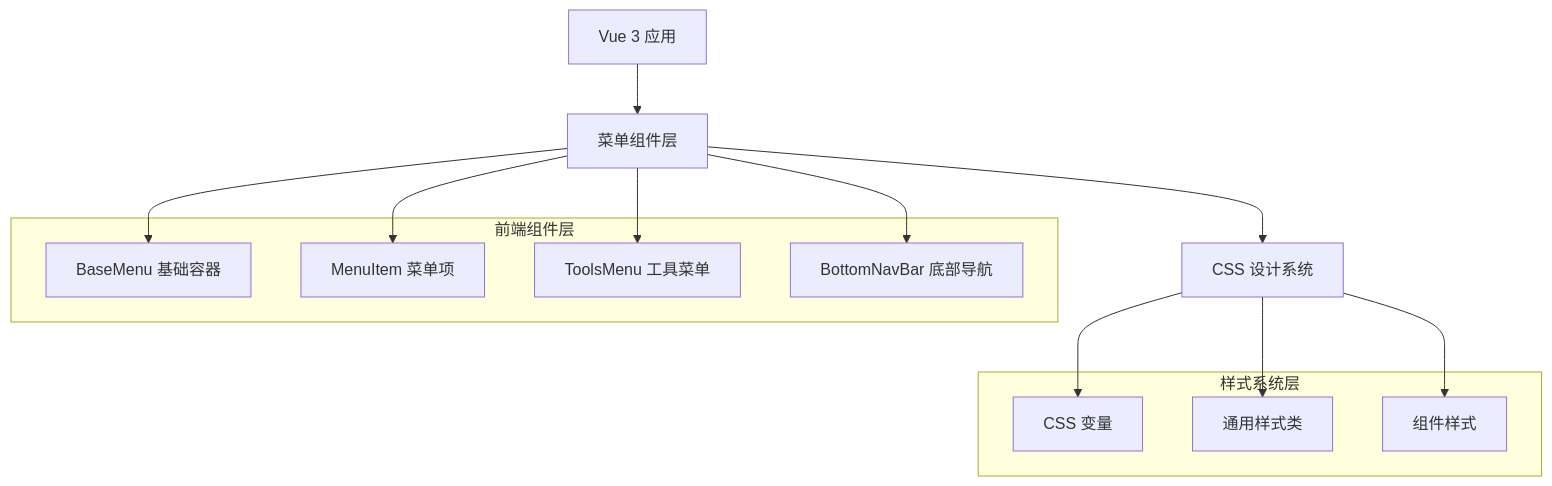
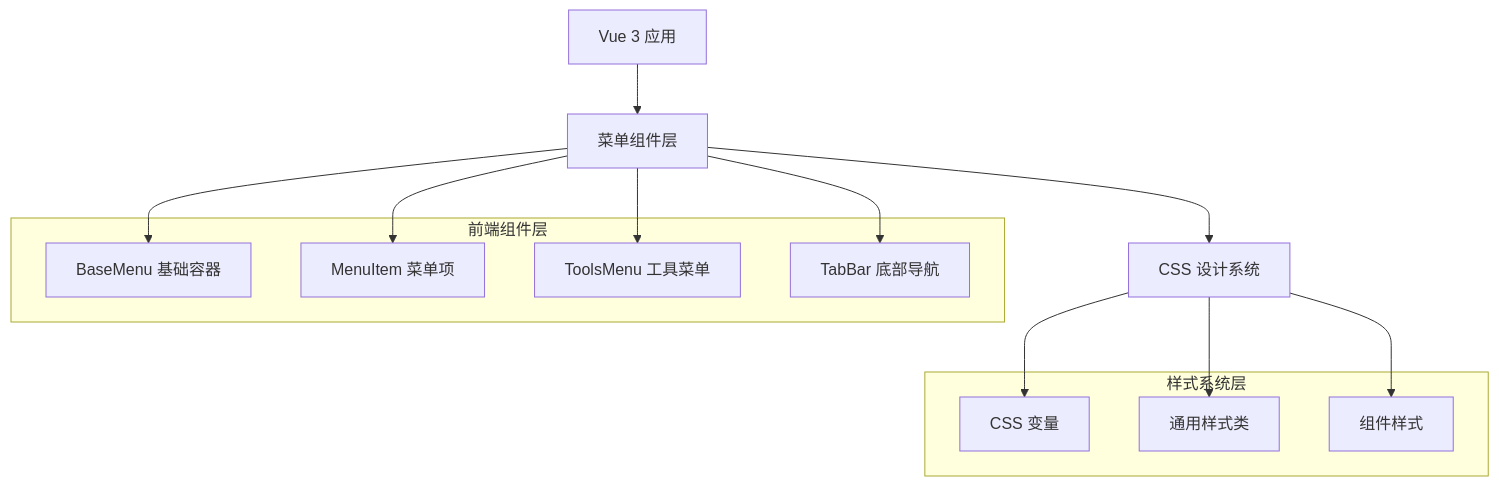
One commit to lmq-xzmx/Memorize_words changed the first of 2 diagrams in .trae/documents/菜单系统技术架构.md. Above: the diagram before and after it, drawn with Mermaid. The commit also changed other lines of this file and 222 other files, not shown here.

````diff
--- a/.trae/documents/菜单系统技术架构.md
+++ b/.trae/documents/菜单系统技术架构.md
@@ -5,27 +5,27 @@
 ```mermaid
 graph TD
     A[Vue 3 应用] --> B[菜单组件层]
     B --> C[BaseMenu 基础容器]
     B --> D[MenuItem 菜单项]
     B --> E[ToolsMenu 工具菜单]
-    B --> F[BottomNavBar 底部导航]
+    B --> F[TabBar 底部导航]
     
     G[CSS 设计系统] --> H[CSS 变量]
     G --> I[通用样式类]
     G --> J[组件样式]
     
     B --> G
     
     subgraph "前端组件层"
         C
         D
         E
         F
     end
     
     subgraph "样式系统层"
         H
         I
         J
     end
 ```
````
